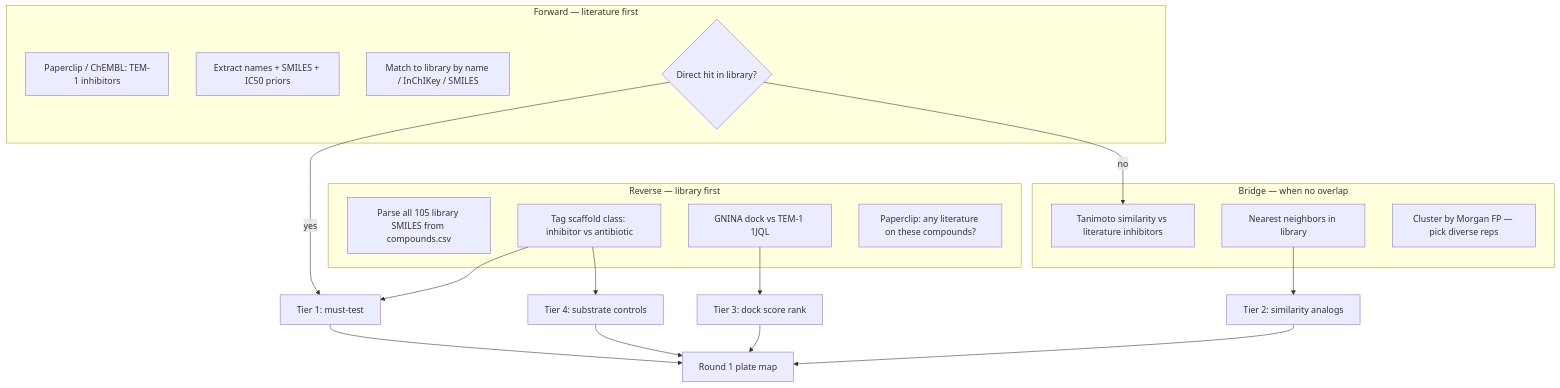
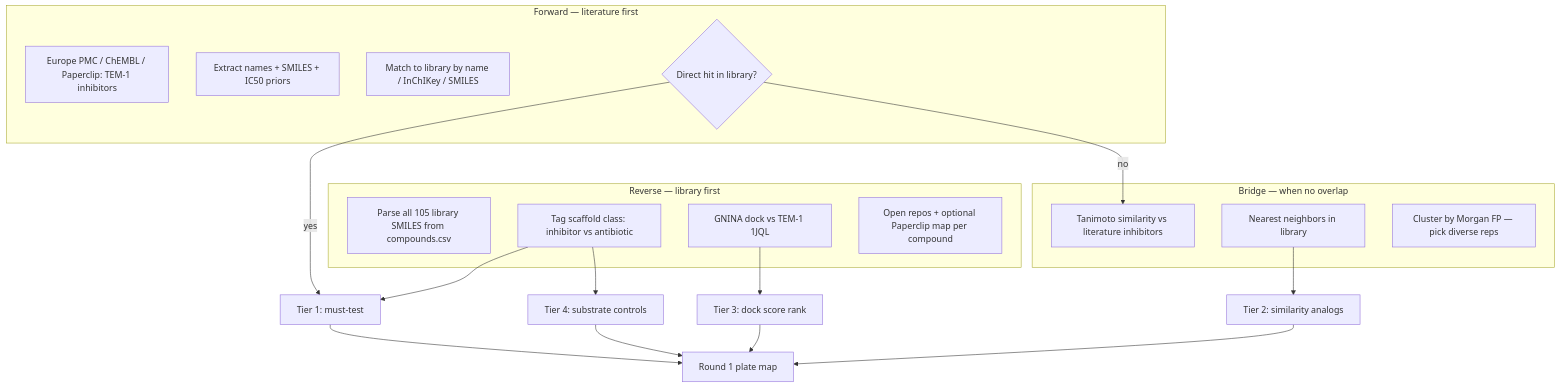
Before and after one commit to pvjthomas/beta-loop: the diagram in pvjthomas/COMPOUND_SELECTION.md, drawn with Mermaid. The commit also changed other lines of this file and 15 other files, not shown here.

First line of the commit message:
Document open-repo literature search and expand reverse literature tooling.

````diff
--- a/pvjthomas/COMPOUND_SELECTION.md
+++ b/pvjthomas/COMPOUND_SELECTION.md
@@ -176,33 +176,33 @@
 ```mermaid
 flowchart TB
   subgraph forward [Forward — literature first]
-    L1[Paperclip / ChEMBL: TEM-1 inhibitors]
+    L1[Europe PMC / ChEMBL / Paperclip: TEM-1 inhibitors]
     L2[Extract names + SMILES + IC50 priors]
     L3[Match to library by name / InChIKey / SMILES]
     L4{Direct hit in library?}
   end
 
   subgraph reverse [Reverse — library first]
     R1[Parse all 105 library SMILES from compounds.csv]
     R2[Tag scaffold class: inhibitor vs antibiotic]
     R3[GNINA dock vs TEM-1 1JQL]
-    R4[Paperclip: any literature on these compounds?]
+    R4[Open repos + optional Paperclip map per compound]
   end
 
   subgraph bridge [Bridge — when no overlap]
     B1[Tanimoto similarity vs literature inhibitors]
     B2[Nearest neighbors in library]
     B3[Cluster by Morgan FP — pick diverse reps]
   end
 
   L4 -->|yes| T1[Tier 1: must-test]
   L4 -->|no| B1
   B2 --> T2[Tier 2: similarity analogs]
   R2 --> T1
   R3 --> T3[Tier 3: dock score rank]
   R2 --> T4[Tier 4: substrate controls]
   T1 --> PLATE[Round 1 plate map]
   T2 --> PLATE
   T3 --> PLATE
   T4 --> PLATE
 ```
````
